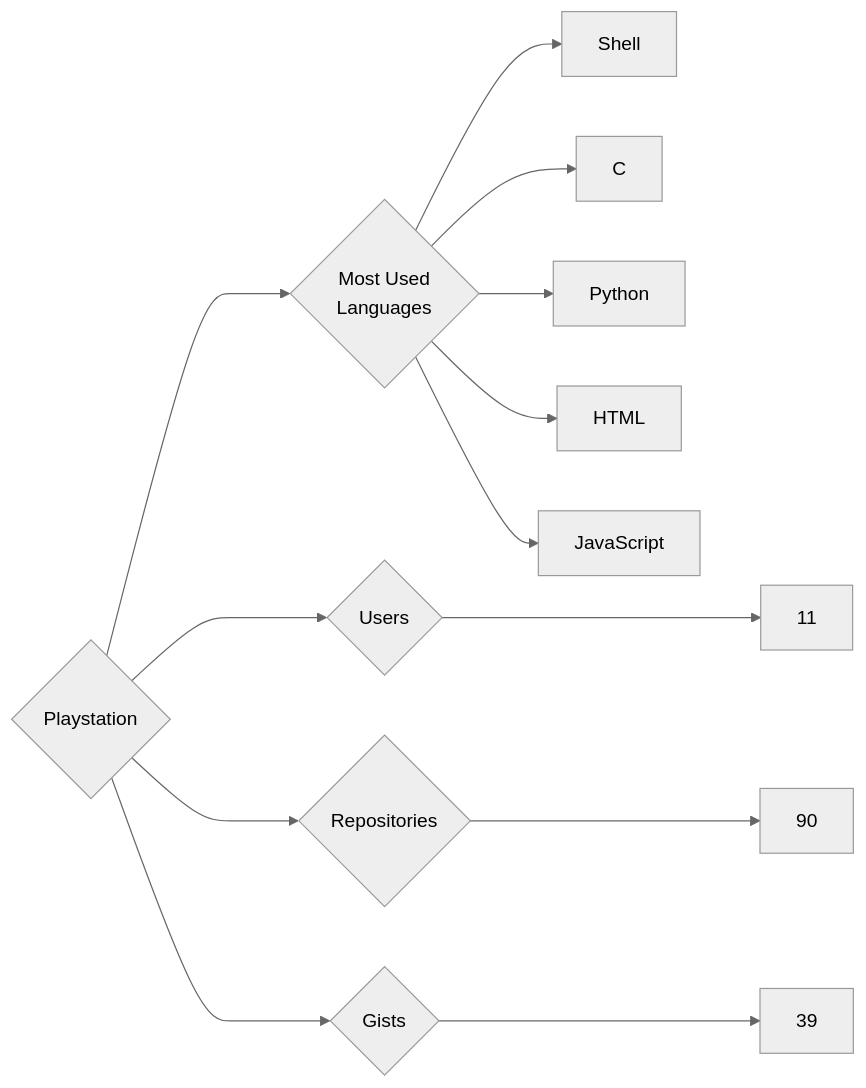
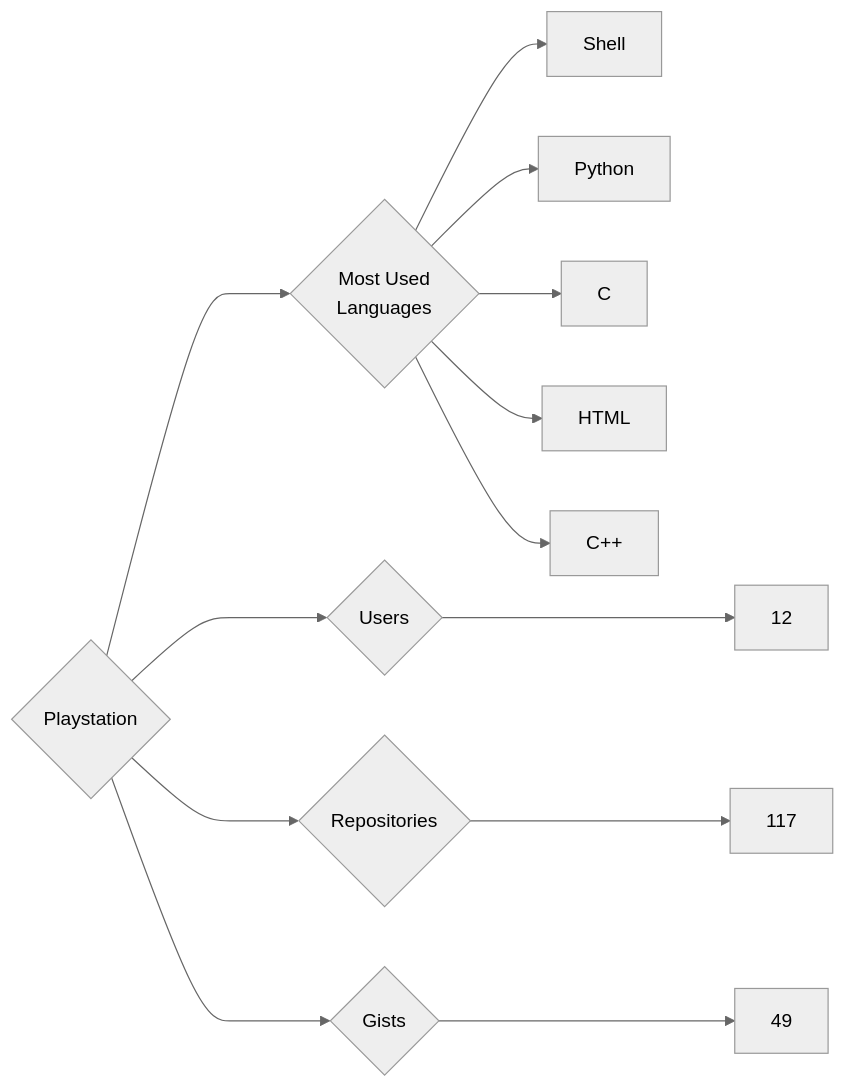
Before and after one commit to trickest/insiders: the diagram in targets/Playstation/README.md, drawn with Mermaid (neutral theme). The commit also changed 1508 other files, not shown here.

````diff
--- a/targets/Playstation/README.md
+++ b/targets/Playstation/README.md
@@ -3,13 +3,13 @@
 ```mermaid
 graph LR
 COMPANY_NAME{Playstation}
-COMPANY_NAME ---> U{Users} ---> UN[11]
-COMPANY_NAME ---> R{Repositories} ---> RN[90]
-COMPANY_NAME ---> G{Gists} ---> GN[39]
+COMPANY_NAME ---> U{Users} ---> UN[12]
+COMPANY_NAME ---> R{Repositories} ---> RN[117]
+COMPANY_NAME ---> G{Gists} ---> GN[49]
 COMPANY_NAME ---> ML{Most Used<br>Languages}
 ML --> Shell[Shell]
+ML --> Python[Python]
 ML --> C[C]
-ML --> Python[Python]
 ML --> HTML[HTML]
-ML --> JavaScript[JavaScript]
+ML --> C++[C++]
 ```
````
